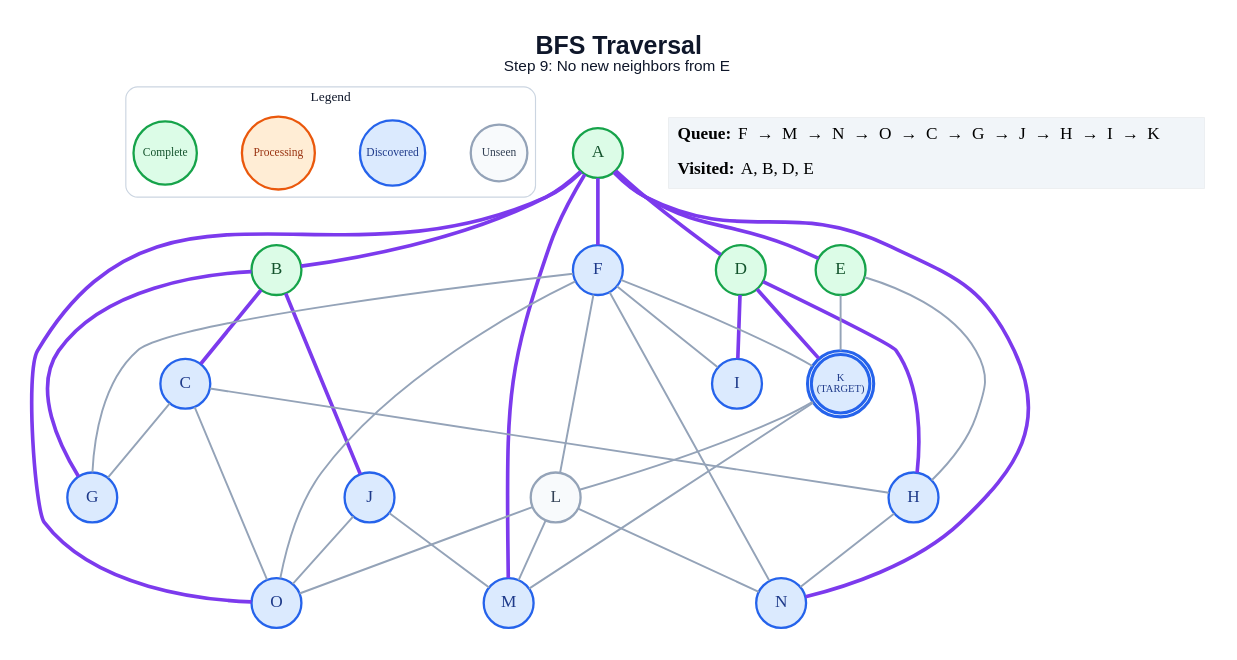
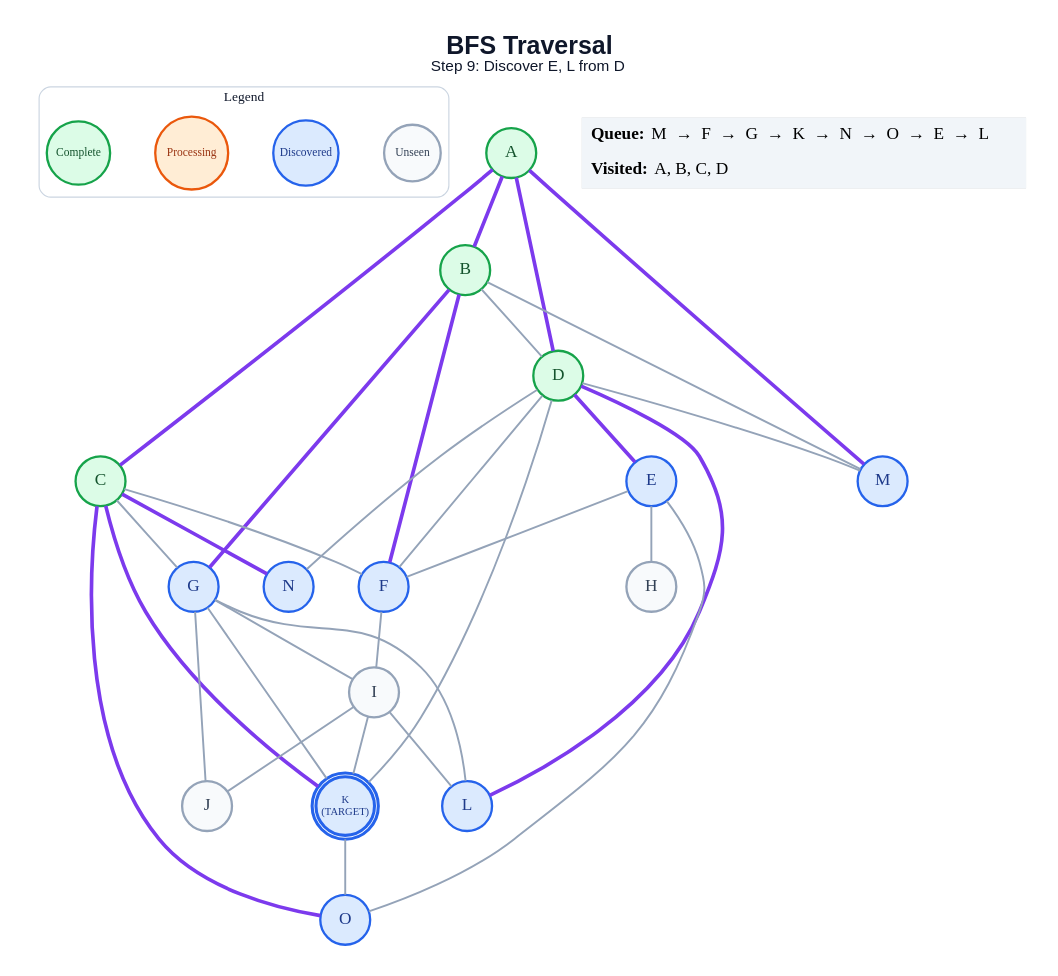
One commit to anon7238593-create/ai-slop changed the diagram in generated/specific-node/bfs/step_09.dot. Above: the diagram before and after it, drawn with Graphviz. The commit also changed 265 other files, not shown here.

```diff
--- a/generated/specific-node/bfs/step_09.dot
+++ b/generated/specific-node/bfs/step_09.dot
@@ -1,66 +1,65 @@
 graph traversal {
   graph [layout=dot, rankdir=TB, bgcolor="#FFFFFF", pad="0.35", nodesep="0.65", ranksep="0.8", fontname="Arial"];
   node [shape=circle, style="filled", fontname="Arial Bold", fontsize=18, width=0.72, fixedsize=true, penwidth=2.4];
   edge [color="#94A3B8", penwidth=2.0];
-  label=<<B>BFS Traversal</B><BR/><FONT POINT-SIZE="16">Step 9: No new neighbors from E</FONT>>; labelloc="t"; fontsize=26; fontname="Arial"; fontcolor="#0F172A";
+  label=<<B>BFS Traversal</B><BR/><FONT POINT-SIZE="16">Step 9: Discover E, L from D</FONT>>; labelloc="t"; fontsize=26; fontname="Arial"; fontcolor="#0F172A";
   subgraph cluster_legend { label="Legend"; color="#CBD5E1"; penwidth=1.2; style="rounded"; fontsize=14; fontname="Arial Bold";
     key_unseen [label="Unseen", fillcolor="#F8FAFC", color="#94A3B8", fontcolor="#334155", fontsize=12, width=0.82];
     key_frontier [label="Discovered", fillcolor="#DBEAFE", color="#2563EB", fontcolor="#1E3A8A", fontsize=12, width=0.95];
     key_current [label="Processing", fillcolor="#FFEDD5", color="#EA580C", fontcolor="#9A3412", fontsize=12, width=1.05];
     key_done [label="Complete", fillcolor="#DCFCE7", color="#16A34A", fontcolor="#14532D", fontsize=12, width=0.92];
     { rank=same; key_unseen; key_frontier; key_current; key_done; }
   }
   A [label="A", fillcolor="#DCFCE7", color="#16A34A", fontcolor="#14532D", peripheries=1, penwidth=2.4];
   B [label="B", fillcolor="#DCFCE7", color="#16A34A", fontcolor="#14532D", peripheries=1, penwidth=2.4];
-  C [label="C", fillcolor="#DBEAFE", color="#2563EB", fontcolor="#1E3A8A", peripheries=1, penwidth=2.4];
+  C [label="C", fillcolor="#DCFCE7", color="#16A34A", fontcolor="#14532D", peripheries=1, penwidth=2.4];
   D [label="D", fillcolor="#DCFCE7", color="#16A34A", fontcolor="#14532D", peripheries=1, penwidth=2.4];
-  E [label="E", fillcolor="#DCFCE7", color="#16A34A", fontcolor="#14532D", peripheries=1, penwidth=2.4];
+  E [label="E", fillcolor="#DBEAFE", color="#2563EB", fontcolor="#1E3A8A", peripheries=1, penwidth=2.4];
   F [label="F", fillcolor="#DBEAFE", color="#2563EB", fontcolor="#1E3A8A", peripheries=1, penwidth=2.4];
   G [label="G", fillcolor="#DBEAFE", color="#2563EB", fontcolor="#1E3A8A", peripheries=1, penwidth=2.4];
-  H [label="H", fillcolor="#DBEAFE", color="#2563EB", fontcolor="#1E3A8A", peripheries=1, penwidth=2.4];
-  I [label="I", fillcolor="#DBEAFE", color="#2563EB", fontcolor="#1E3A8A", peripheries=1, penwidth=2.4];
-  J [label="J", fillcolor="#DBEAFE", color="#2563EB", fontcolor="#1E3A8A", peripheries=1, penwidth=2.4];
+  H [label="H", fillcolor="#F8FAFC", color="#94A3B8", fontcolor="#334155", peripheries=1, penwidth=2.4];
+  I [label="I", fillcolor="#F8FAFC", color="#94A3B8", fontcolor="#334155", peripheries=1, penwidth=2.4];
+  J [label="J", fillcolor="#F8FAFC", color="#94A3B8", fontcolor="#334155", peripheries=1, penwidth=2.4];
   K [label="K\n(TARGET)", fillcolor="#DBEAFE", color="#2563EB", fontcolor="#1E3A8A", peripheries=2, penwidth=3.2, fontsize=11, width=0.85, height=0.85];
-  L [label="L", fillcolor="#F8FAFC", color="#94A3B8", fontcolor="#334155", peripheries=1, penwidth=2.4];
+  L [label="L", fillcolor="#DBEAFE", color="#2563EB", fontcolor="#1E3A8A", peripheries=1, penwidth=2.4];
   M [label="M", fillcolor="#DBEAFE", color="#2563EB", fontcolor="#1E3A8A", peripheries=1, penwidth=2.4];
   N [label="N", fillcolor="#DBEAFE", color="#2563EB", fontcolor="#1E3A8A", peripheries=1, penwidth=2.4];
   O [label="O", fillcolor="#DBEAFE", color="#2563EB", fontcolor="#1E3A8A", peripheries=1, penwidth=2.4];
   A -- B [color="#7C3AED", penwidth=3.8];
+  A -- C [color="#7C3AED", penwidth=3.8];
   A -- D [color="#7C3AED", penwidth=3.8];
-  A -- E [color="#7C3AED", penwidth=3.8];
-  A -- F [color="#7C3AED", penwidth=3.8];
   A -- M [color="#7C3AED", penwidth=3.8];
-  A -- N [color="#7C3AED", penwidth=3.8];
-  A -- O [color="#7C3AED", penwidth=3.8];
-  B -- C [color="#7C3AED", penwidth=3.8];
+  B -- D;
+  B -- F [color="#7C3AED", penwidth=3.8];
   B -- G [color="#7C3AED", penwidth=3.8];
-  B -- J [color="#7C3AED", penwidth=3.8];
+  B -- M;
+  C -- F;
   C -- G;
-  C -- H;
-  C -- O;
-  D -- H [color="#7C3AED", penwidth=3.8];
-  D -- I [color="#7C3AED", penwidth=3.8];
-  D -- K [color="#7C3AED", penwidth=3.8];
+  C -- K [color="#7C3AED", penwidth=3.8];
+  C -- N [color="#7C3AED", penwidth=3.8];
+  C -- O [color="#7C3AED", penwidth=3.8];
+  D -- E [color="#7C3AED", penwidth=3.8];
+  D -- F;
+  D -- K;
+  D -- L [color="#7C3AED", penwidth=3.8];
+  D -- M;
+  D -- N;
+  E -- F;
   E -- H;
-  E -- K;
-  F -- G;
+  E -- O;
   F -- I;
-  F -- K;
-  F -- L;
-  F -- N;
-  F -- O;
-  H -- N;
-  J -- M;
-  J -- O;
-  K -- L;
-  K -- M;
-  L -- M;
-  L -- N;
-  L -- O;
+  G -- I;
+  G -- J;
+  G -- K;
+  G -- L;
+  I -- J;
+  I -- K;
+  I -- L;
+  K -- O;
   status [shape=plain, fixedsize=false, width=0, height=0, margin=0, label=<
     <TABLE BORDER="0" CELLBORDER="0" CELLPADDING="7" BGCOLOR="#F1F5F9">
-      <TR><TD ALIGN="LEFT"><B>Queue:</B> F  →  M  →  N  →  O  →  C  →  G  →  J  →  H  →  I  →  K</TD></TR>
-      <TR><TD ALIGN="LEFT"><B>Visited:</B> A, B, D, E</TD></TR>
+      <TR><TD ALIGN="LEFT"><B>Queue:</B> M  →  F  →  G  →  K  →  N  →  O  →  E  →  L</TD></TR>
+      <TR><TD ALIGN="LEFT"><B>Visited:</B> A, B, C, D</TD></TR>
     </TABLE>
   >];
 }
```
